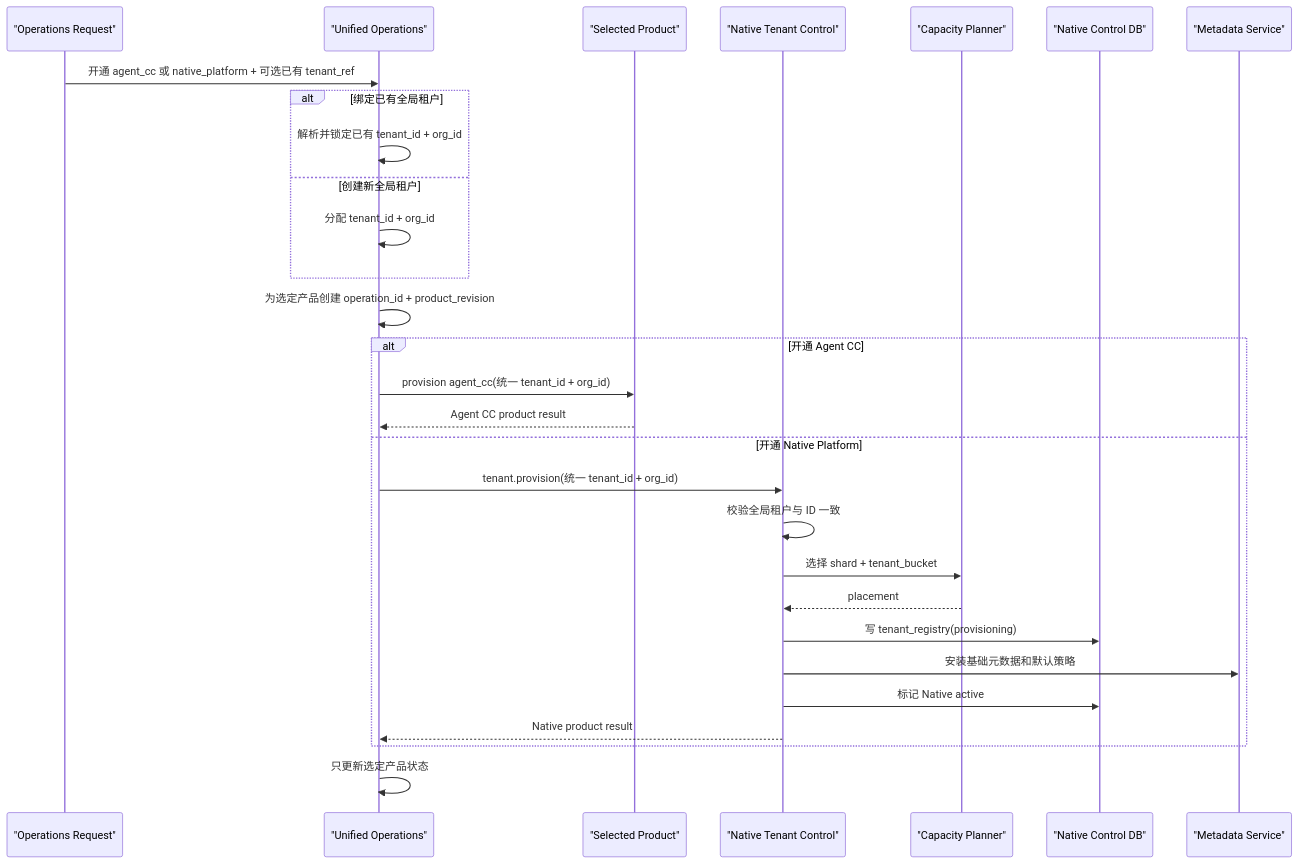
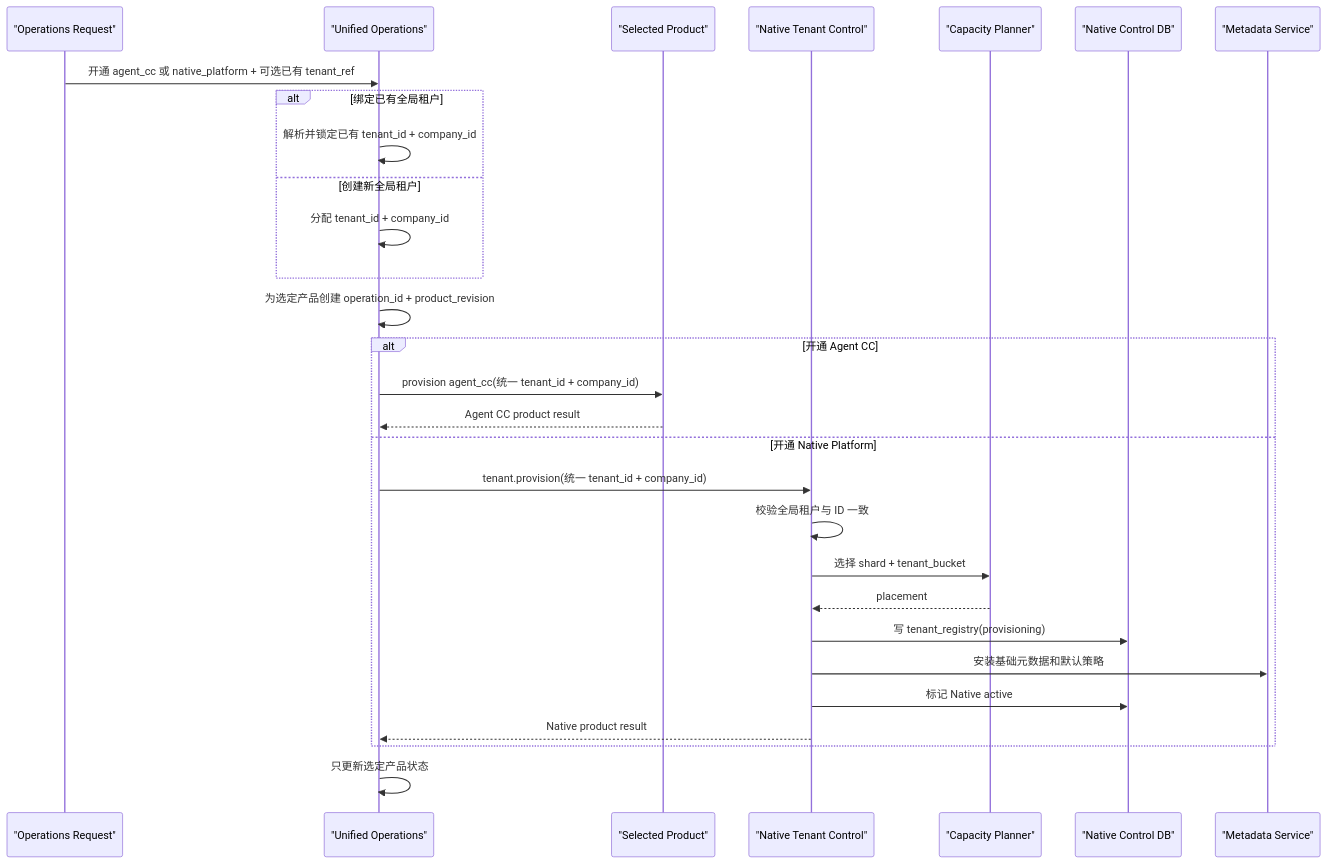
Before and after one commit to OlivierZEN/ai-native-platform: the diagram in docs/specs/FEAT-011-unified-tenant-operations-control-plane.md, drawn with Mermaid. The commit also changed other lines of this file and 111 other files, not shown here.

````diff
--- a/docs/specs/FEAT-011-unified-tenant-operations-control-plane.md
+++ b/docs/specs/FEAT-011-unified-tenant-operations-control-plane.md
@@ -154,32 +156,32 @@
 ```mermaid
 sequenceDiagram
     participant R as "Operations Request"
     participant O as "Unified Operations"
     participant P as "Selected Product"
     participant N as "Native Tenant Control"
     participant C as "Capacity Planner"
     participant D as "Native Control DB"
     participant M as "Metadata Service"
 
     R->>O: 开通 agent_cc 或 native_platform + 可选已有 tenant_ref
     alt 绑定已有全局租户
-        O->>O: 解析并锁定已有 tenant_id + org_id
+        O->>O: 解析并锁定已有 tenant_id + company_id
     else 创建新全局租户
-        O->>O: 分配 tenant_id + org_id
+        O->>O: 分配 tenant_id + company_id
     end
     O->>O: 为选定产品创建 operation_id + product_revision
     alt 开通 Agent CC
-        O->>P: provision agent_cc(统一 tenant_id + org_id)
+        O->>P: provision agent_cc(统一 tenant_id + company_id)
         P-->>O: Agent CC product result
     else 开通 Native Platform
-        O->>N: tenant.provision(统一 tenant_id + org_id)
+        O->>N: tenant.provision(统一 tenant_id + company_id)
         N->>N: 校验全局租户与 ID 一致
         N->>C: 选择 shard + tenant_bucket
         C-->>N: placement
         N->>D: 写 tenant_registry(provisioning)
         N->>M: 安装基础元数据和默认策略
         N->>D: 标记 Native active
         N-->>O: Native product result
     end
     O->>O: 只更新选定产品状态
 ```
````
